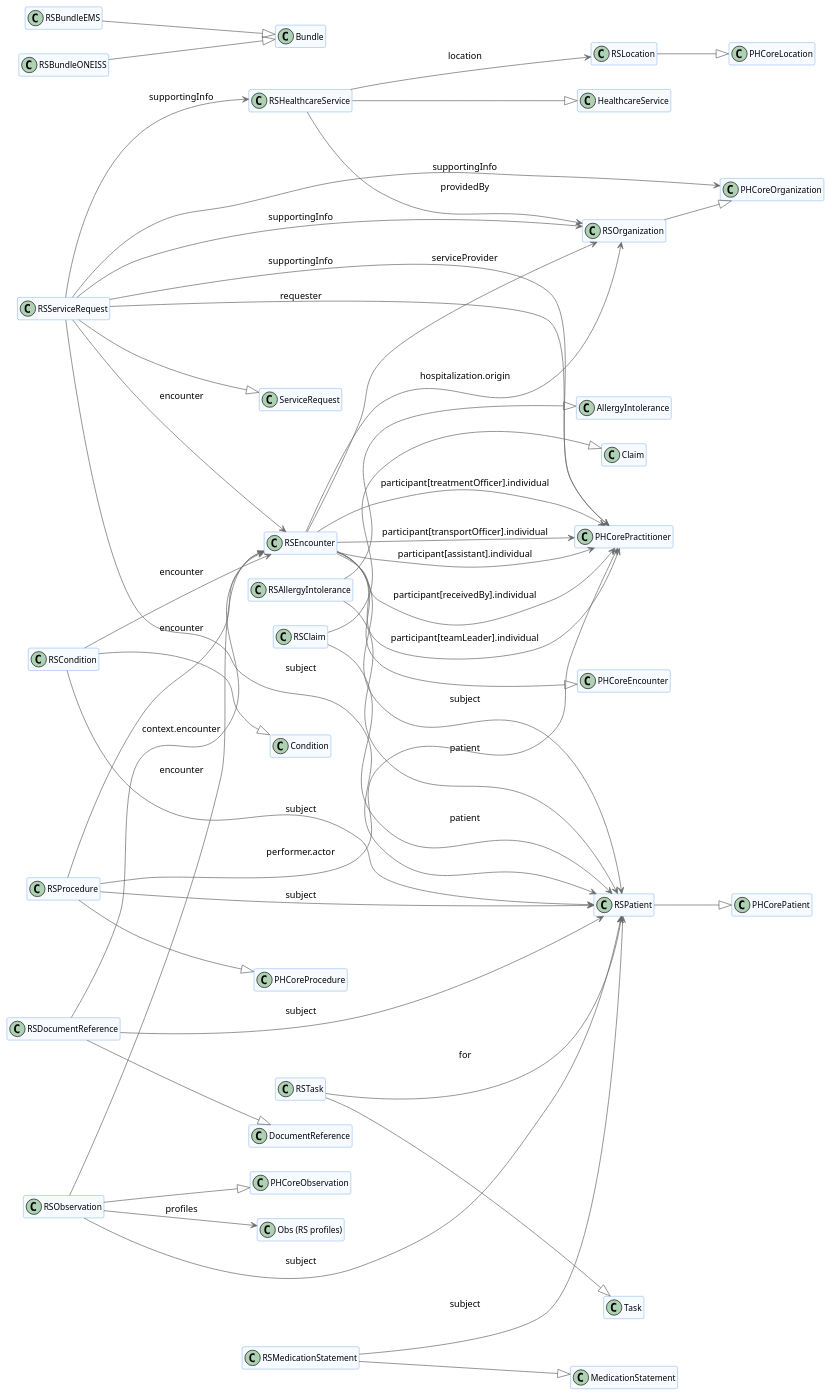
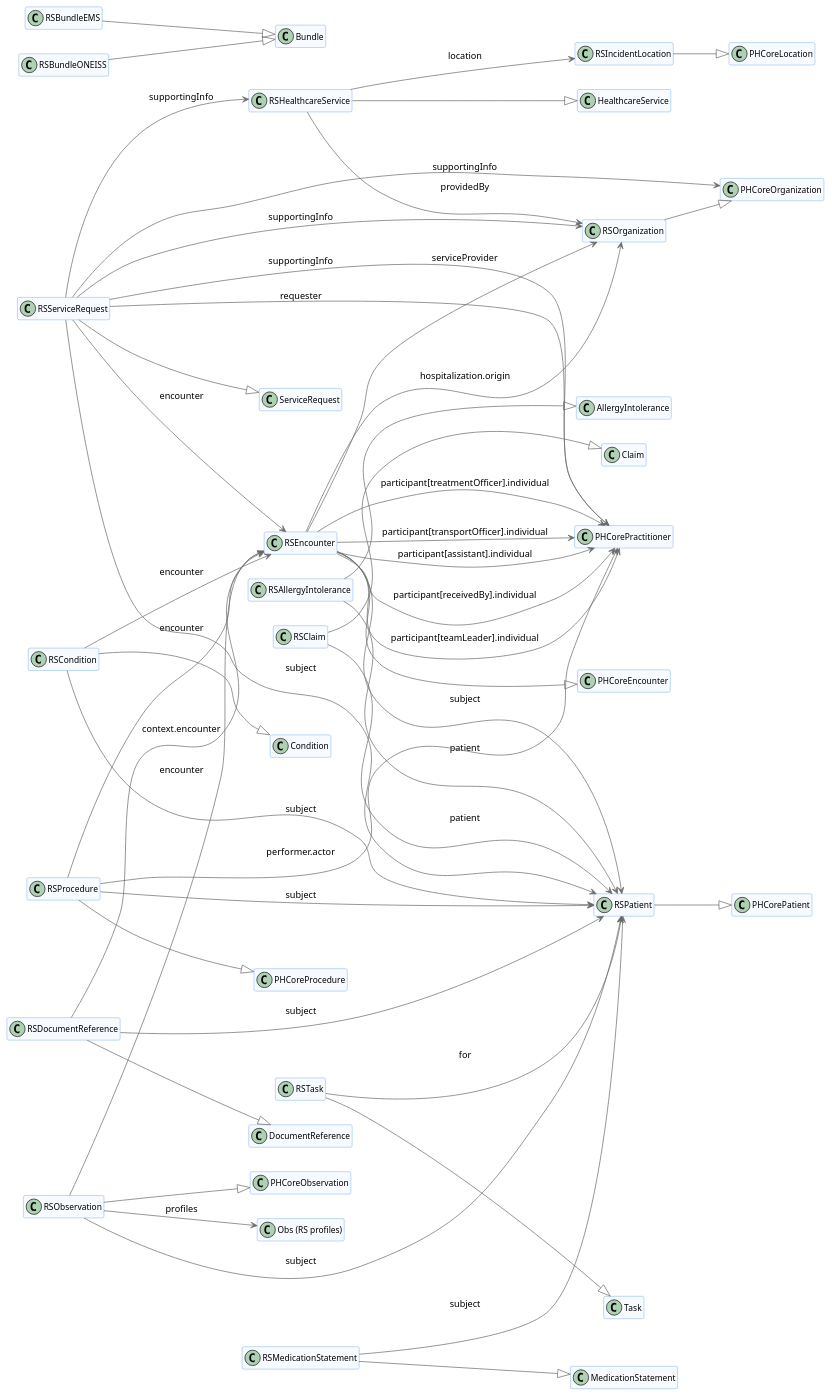
The diagram in input/images-source/fsh-relationships-simple.plantuml (UPM-NTHC/PH-RoadSafetyIG), drawn with PlantUML before and after one commit. The commit also changed 15 other files, not shown here.

```diff
--- a/input/images-source/fsh-relationships-simple.plantuml
+++ b/input/images-source/fsh-relationships-simple.plantuml
@@ -1,94 +1,94 @@
 @startuml
 skinparam ClassFontName Arial
 skinparam ClassFontSize 12
 skinparam ClassAttributeIconSize 0
 skinparam ClassBackgroundColor #F7FBFF
 skinparam ClassBorderColor #4A90E2
 skinparam ArrowColor #6A6A6A
 skinparam ArrowThickness 1
 hide members
 left to right direction
 
 class "RSAllergyIntolerance"
 class "AllergyIntolerance"
 class "RSPatient"
 class "RSBundleEMS"
 class "Bundle"
 class "RSBundleONEISS"
 class "RSClaim"
 class "Claim"
 class "RSCondition"
 class "Condition"
 class "RSEncounter"
 class "RSDocumentReference"
 class "DocumentReference"
 class "PHCoreEncounter"
 class "RSOrganization"
 class "PHCorePractitioner"
-class "RSLocation"
+class "RSIncidentLocation"
 class "PHCoreLocation"
 class "RSMedicationStatement"
 class "MedicationStatement"
 class "RSObservation"
 class "PHCoreObservation"
 class "PHCoreOrganization"
 class "RSHealthcareService"
 class "HealthcareService"
 class "PHCorePatient"
 class "RSProcedure"
 class "PHCoreProcedure"
 class "RSServiceRequest"
 class "ServiceRequest"
 class "RSTask"
 class "Task"
 class "Obs (RS profiles)"
 
 "RSAllergyIntolerance" --> "RSPatient" : patient
 "RSClaim" --> "RSPatient" : patient
 "RSCondition" --> "RSPatient" : subject
 "RSCondition" --> "RSEncounter" : encounter
 "RSDocumentReference" --> "RSPatient" : subject
 "RSDocumentReference" --> "RSEncounter" : context.encounter
 "RSEncounter" --> "RSPatient" : subject
 "RSEncounter" --> "RSOrganization" : serviceProvider
 "RSEncounter" --> "RSOrganization" : hospitalization.origin
 "RSEncounter" --> "PHCorePractitioner" : participant[receivedBy].individual
 "RSEncounter" --> "PHCorePractitioner" : participant[teamLeader].individual
 "RSEncounter" --> "PHCorePractitioner" : participant[treatmentOfficer].individual
 "RSEncounter" --> "PHCorePractitioner" : participant[transportOfficer].individual
 "RSEncounter" --> "PHCorePractitioner" : participant[assistant].individual
 "RSMedicationStatement" --> "RSPatient" : subject
 "RSObservation" --> "RSPatient" : subject
 "RSObservation" --> "RSEncounter" : encounter
 "RSHealthcareService" --> "RSOrganization" : providedBy
-"RSHealthcareService" --> "RSLocation" : location
+"RSHealthcareService" --> "RSIncidentLocation" : location
 "RSProcedure" --> "RSPatient" : subject
 "RSProcedure" --> "RSEncounter" : encounter
 "RSProcedure" --> "PHCorePractitioner" : performer.actor
 "RSServiceRequest" --> "RSHealthcareService" : supportingInfo
 "RSServiceRequest" --> "RSOrganization" : supportingInfo
 "RSServiceRequest" --> "PHCoreOrganization" : supportingInfo
 "RSServiceRequest" --> "PHCorePractitioner" : supportingInfo
 "RSServiceRequest" --> "PHCorePractitioner" : requester
 "RSServiceRequest" --> "RSPatient" : subject
 "RSServiceRequest" --> "RSEncounter" : encounter
 "RSTask" --> "RSPatient" : for
 "RSObservation" --> "Obs (RS profiles)" : profiles
 "RSAllergyIntolerance" --|> "AllergyIntolerance"
 "RSBundleEMS" --|> "Bundle"
 "RSBundleONEISS" --|> "Bundle"
 "RSClaim" --|> "Claim"
 "RSCondition" --|> "Condition"
 "RSDocumentReference" --|> "DocumentReference"
 "RSEncounter" --|> "PHCoreEncounter"
-"RSLocation" --|> "PHCoreLocation"
+"RSIncidentLocation" --|> "PHCoreLocation"
 "RSMedicationStatement" --|> "MedicationStatement"
 "RSObservation" --|> "PHCoreObservation"
 "RSOrganization" --|> "PHCoreOrganization"
 "RSHealthcareService" --|> "HealthcareService"
 "RSPatient" --|> "PHCorePatient"
 "RSProcedure" --|> "PHCoreProcedure"
 "RSServiceRequest" --|> "ServiceRequest"
 "RSTask" --|> "Task"
 
 @enduml
```
